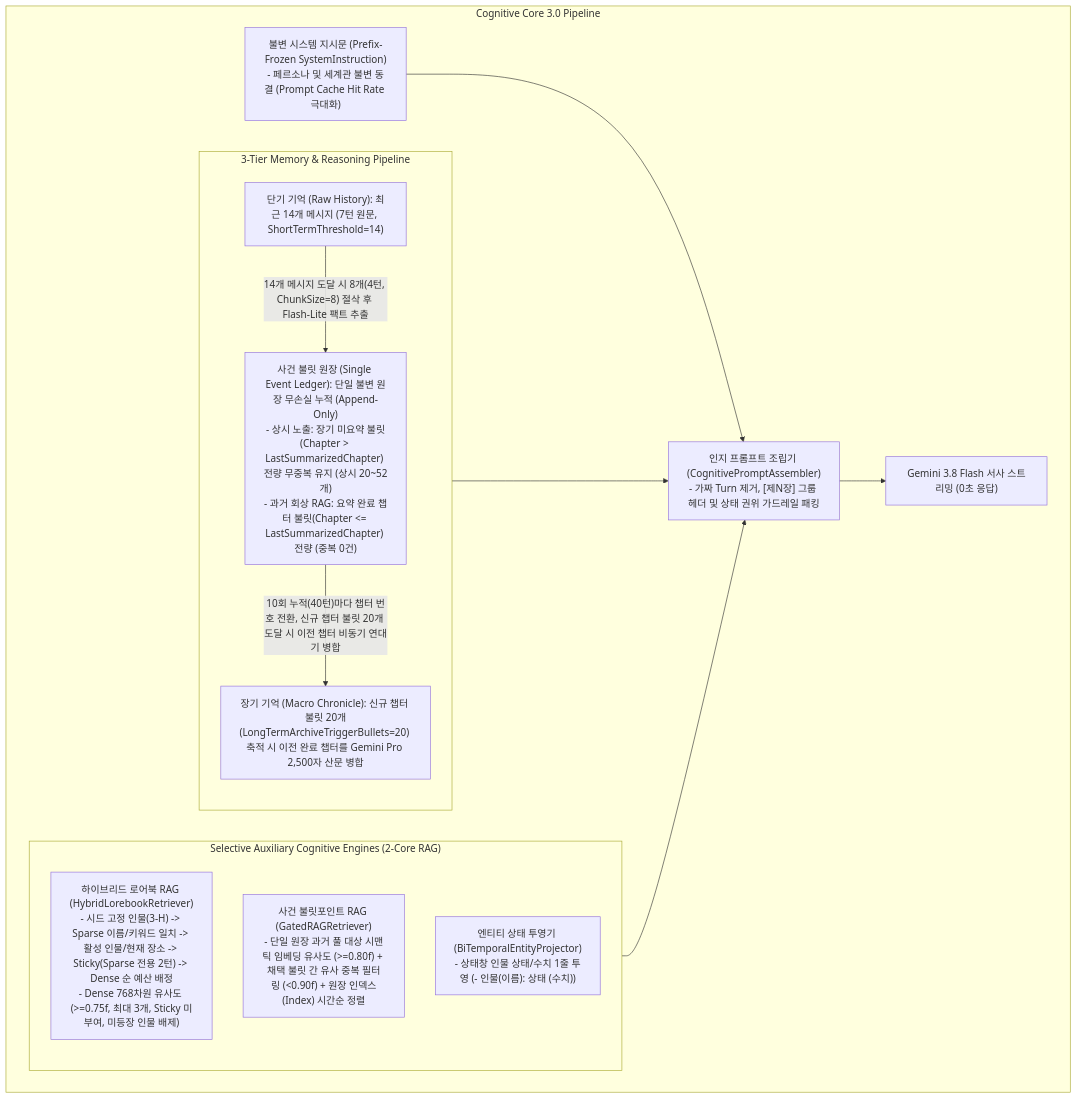
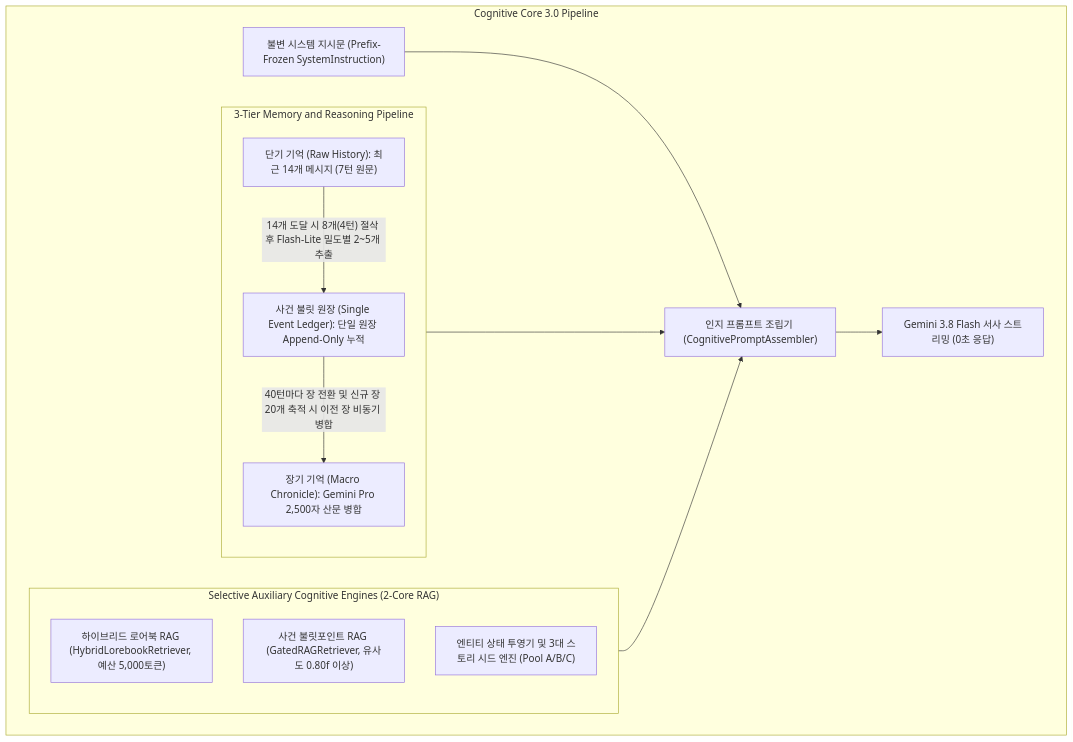
One commit to jin20203458/Obsidian.Agent changed the first of 3 diagrams in GRC/docs/01_grc_architecture.md. Above: the diagram before and after it, drawn with Mermaid. The commit also changed other lines of this file and 6 other files, not shown here.

````diff
--- a/GRC/docs/01_grc_architecture.md
+++ b/GRC/docs/01_grc_architecture.md
@@ -36,28 +37,28 @@
 ```mermaid
 flowchart TB
     subgraph COGNITIVE_CORE ["Cognitive Core 3.0 Pipeline"]
-        SYS["불변 시스템 지시문 (Prefix-Frozen SystemInstruction)<br>- 페르소나 및 세계관 불변 동결 (Prompt Cache Hit Rate 극대화)"]
+        SYS["불변 시스템 지시문 (Prefix-Frozen SystemInstruction)"]
         
-        subgraph TIERS ["3-Tier Memory & Reasoning Pipeline"]
-            M1["단기 기억 (Raw History): 최근 14개 메시지 (7턴 원문, ShortTermThreshold=14)"]
-            M2["사건 불릿 원장 (Single Event Ledger): 단일 불변 원장 무손실 누적 (Append-Only)<br>- 상시 노출: 장기 미요약 불릿(Chapter > LastSummarizedChapter) 전량 무중복 유지 (상시 20~52개)<br>- 과거 회상 RAG: 요약 완료 챕터 불릿(Chapter <= LastSummarizedChapter) 전량 (중복 0건)"]
-            M3["장기 기억 (Macro Chronicle): 신규 챕터 불릿 20개(LongTermArchiveTriggerBullets=20) 축적 시 이전 완료 챕터를 Gemini Pro 2,500자 산문 병합"]
+        subgraph TIERS ["3-Tier Memory and Reasoning Pipeline"]
+            M1["단기 기억 (Raw History): 최근 14개 메시지 (7턴 원문)"]
+            M2["사건 불릿 원장 (Single Event Ledger): 단일 원장 Append-Only 누적"]
+            M3["장기 기억 (Macro Chronicle): Gemini Pro 2,500자 산문 병합"]
             
-            M1 -->|"14개 메시지 도달 시 8개(4턴, ChunkSize=8) 절삭 후 Flash-Lite 팩트 추출"| M2
-            M2 -->|"10회 누적(40턴)마다 챕터 번호 전환, 신규 챕터 불릿 20개 도달 시 이전 챕터 비동기 연대기 병합"| M3
+            M1 -->|"14개 도달 시 8개(4턴) 절삭 후 Flash-Lite 밀도별 2~5개 추출"| M2
+            M2 -->|"40턴마다 장 전환 및 신규 장 20개 축적 시 이전 장 비동기 병합"| M3
         end
         
         subgraph AUXILIARY ["Selective Auxiliary Cognitive Engines (2-Core RAG)"]
-            HL["하이브리드 로어북 RAG (HybridLorebookRetriever)<br>- 시드 고정 인물(3-H) -> Sparse 이름/키워드 일치 -> 활성 인물/현재 장소 -> Sticky(Sparse 전용 2턴) -> Dense 순 예산 배정<br>- Dense 768차원 유사도 (>=0.75f, 최대 3개, Sticky 미부여, 미등장 인물 배제)"]
-            GR["사건 불릿포인트 RAG (GatedRAGRetriever)<br>- 단일 원장 과거 풀 대상 시맨틱 임베딩 유사도 (>=0.80f) + 채택 불릿 간 유사 중복 필터링 (<0.90f) + 원장 인덱스(Index) 시간순 정렬"]
-            BP["엔티티 상태 투영기 (BiTemporalEntityProjector)<br>- 상태창 인물 상태/수치 1줄 투영 (- 인물(이름): 상태 (수치))"]
+            HL["하이브리드 로어북 RAG (HybridLorebookRetriever, 예산 5,000토큰)"]
+            GR["사건 불릿포인트 RAG (GatedRAGRetriever, 유사도 0.80f 이상)"]
+            BP["엔티티 상태 투영기 및 3대 스토리 시드 엔진 (Pool A/B/C)"]
         end
         
-        ASSEMBLER["인지 프롬프트 조립기 (CognitivePromptAssembler)<br>- 가짜 Turn 제거, [제N장] 그룹 헤더 및 상태 권위 가드레일 패킹"]
+        ASSEMBLER["인지 프롬프트 조립기 (CognitivePromptAssembler)"]
         
         SYS --> ASSEMBLER
         TIERS --> ASSEMBLER
         AUXILIARY --> ASSEMBLER
         ASSEMBLER --> LLM["Gemini 3.8 Flash 서사 스트리밍 (0초 응답)"]
     end
 ```
````
